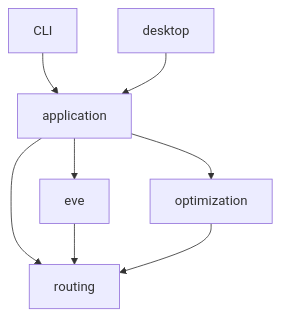
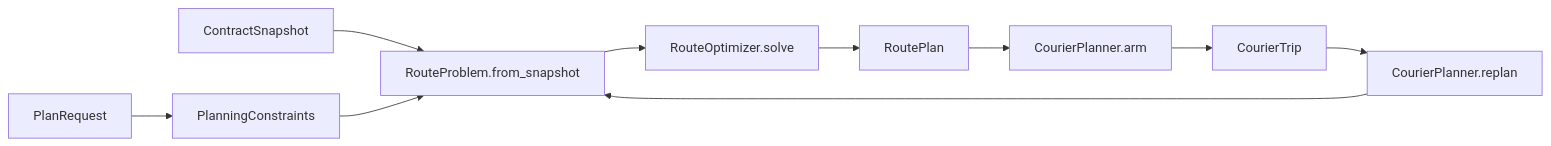
One commit to Pascal-Rat/Eve-Online_Routes_Optimizer changed the diagram in CONTRIBUTING.md. Above: the diagram before and after it, drawn with Mermaid. The commit also changed other lines of this file and 101 other files, not shown here.

First line of the commit message:
Unify route problems and model courier-trip workflows

````diff
--- a/CONTRIBUTING.md
+++ b/CONTRIBUTING.md
@@ -25,10 +28,12 @@
 ```mermaid
-flowchart TD
-    cli[CLI] --> application[application]
-    desktop[desktop] --> application
-    application --> eve[eve]
-    application --> optimization[optimization]
-    application --> routing[routing]
-    eve --> routing
-    optimization --> routing
+flowchart LR
+    request[PlanRequest] --> constraints[PlanningConstraints]
+    snapshot[ContractSnapshot] --> problem[RouteProblem.from_snapshot]
+    constraints --> problem
+    problem --> optimizer[RouteOptimizer.solve]
+    optimizer --> plan[RoutePlan]
+    plan --> departure[CourierPlanner.arm]
+    departure --> trip[CourierTrip]
+    trip --> replan[CourierPlanner.replan]
+    replan --> problem
 ```
````
